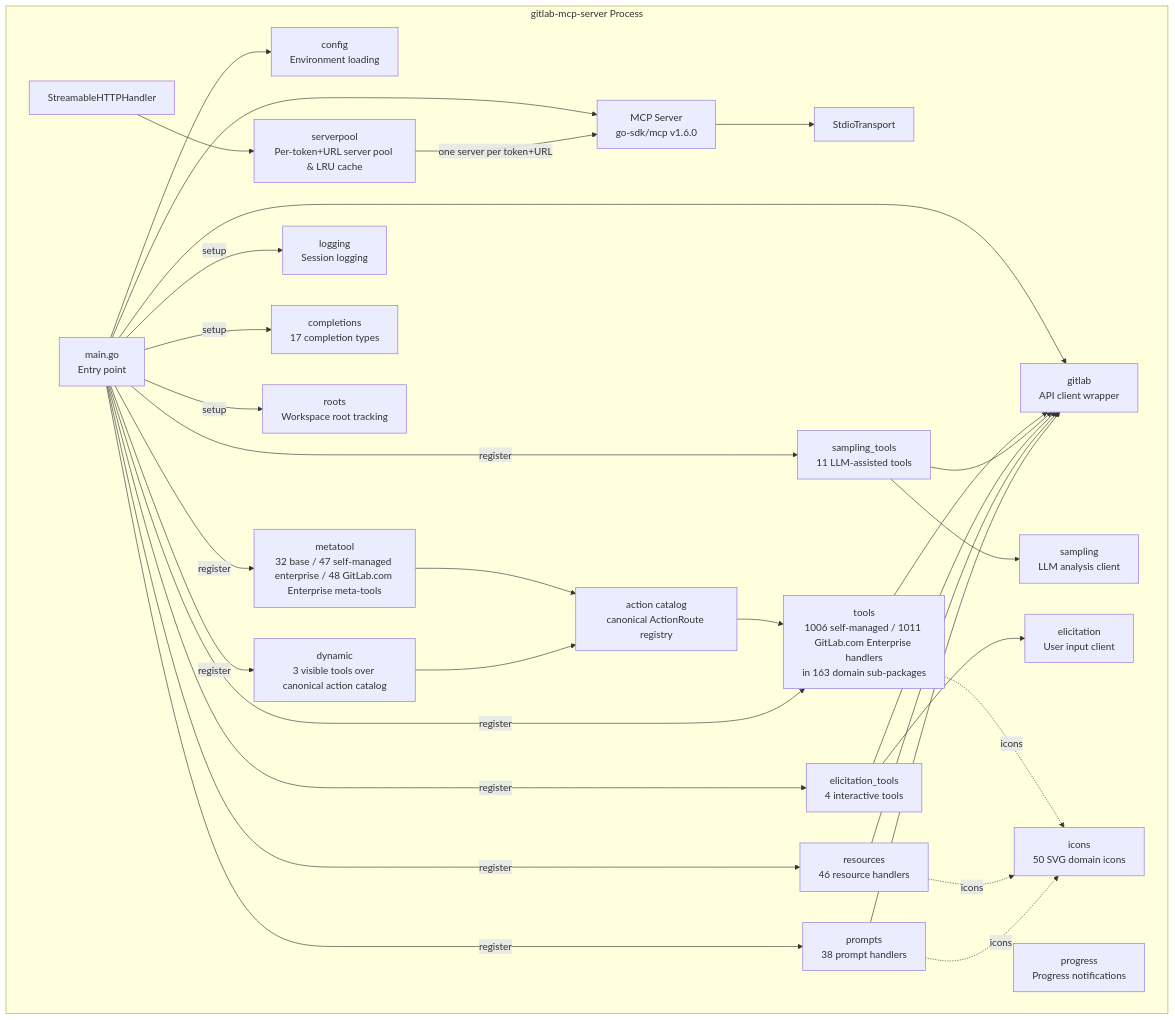
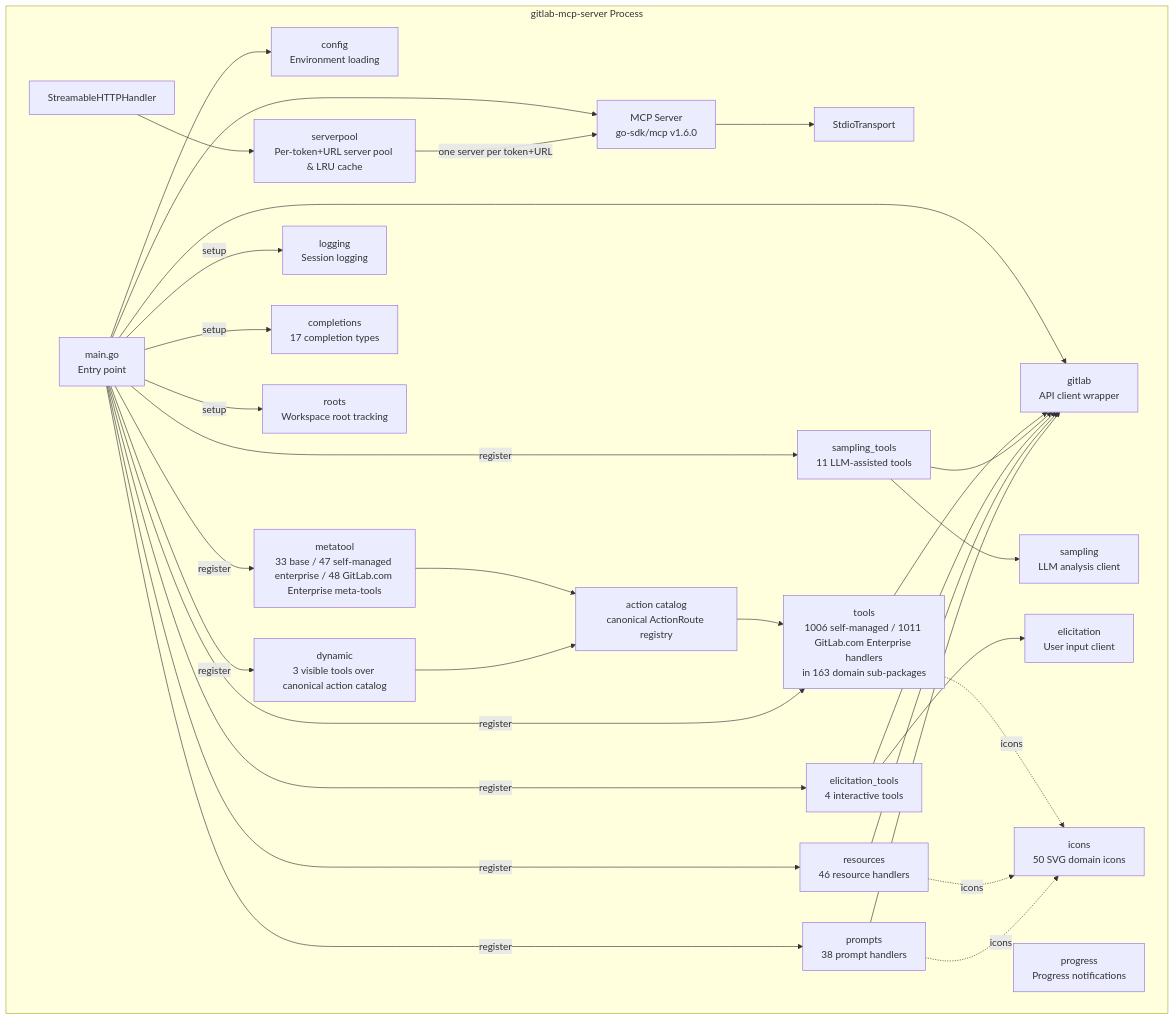
Before and after one commit to jmrplens/gitlab-mcp-server: the third of 11 diagrams in docs/architecture.md, drawn with Mermaid. The commit also changed other lines of this file and 43 other files, not shown here.

````diff
--- a/docs/architecture.md
+++ b/docs/architecture.md
@@ -64,57 +64,57 @@
 ```mermaid
 graph TD
     subgraph "gitlab-mcp-server Process"
         MAIN[main.go<br/>Entry point]
         CFG[config<br/>Environment loading]
         GL[gitlab<br/>API client wrapper]
         TOOLS[tools<br/>1006 self-managed / 1011 GitLab.com Enterprise handlers<br/>in 163 domain sub-packages]
         CATALOG[action catalog<br/>canonical ActionRoute registry]
-        META[metatool<br/>32 base / 47 self-managed enterprise / 48 GitLab.com Enterprise meta-tools]
+        META[metatool<br/>33 base / 47 self-managed enterprise / 48 GitLab.com Enterprise meta-tools]
         DYN[dynamic<br/>3 visible tools over canonical action catalog]
         SAMP[sampling_tools<br/>11 LLM-assisted tools]
         ELIC[elicitation_tools<br/>4 interactive tools]
         RES[resources<br/>46 resource handlers]
         PROMPTS[prompts<br/>38 prompt handlers]
         LOG[logging<br/>Session logging]
         COMP[completions<br/>17 completion types]
         ROOTS[roots<br/>Workspace root tracking]
         PROG[progress<br/>Progress notifications]
         SAMPLING[sampling<br/>LLM analysis client]
         ELICIT[elicitation<br/>User input client]
         ICN[icons<br/>50 SVG domain icons]
         SRV[MCP Server<br/>go-sdk/mcp v1.6.0]
         STDIO[StdioTransport]
         HTTP[StreamableHTTPHandler]
         POOL[serverpool<br/>Per-token+URL server pool & LRU cache]
     end
 
     MAIN --> CFG
     MAIN --> GL
     MAIN --> SRV
     SRV --> STDIO
     HTTP --> POOL
     POOL -->|one server per token+URL| SRV
     TOOLS --> GL
     META --> CATALOG
     DYN --> CATALOG
     CATALOG --> TOOLS
     SAMP --> GL
     SAMP --> SAMPLING
     ELIC --> ELICIT
     ELIC --> GL
     RES --> GL
     PROMPTS --> GL
     MAIN -->|register| TOOLS
     MAIN -->|register| META
     MAIN -->|register| DYN
     MAIN -->|register| SAMP
     MAIN -->|register| ELIC
     MAIN -->|register| RES
     MAIN -->|register| PROMPTS
     TOOLS -.->|icons| ICN
     RES -.->|icons| ICN
     PROMPTS -.->|icons| ICN
     MAIN -->|setup| LOG
     MAIN -->|setup| COMP
     MAIN -->|setup| ROOTS
 ```
````
